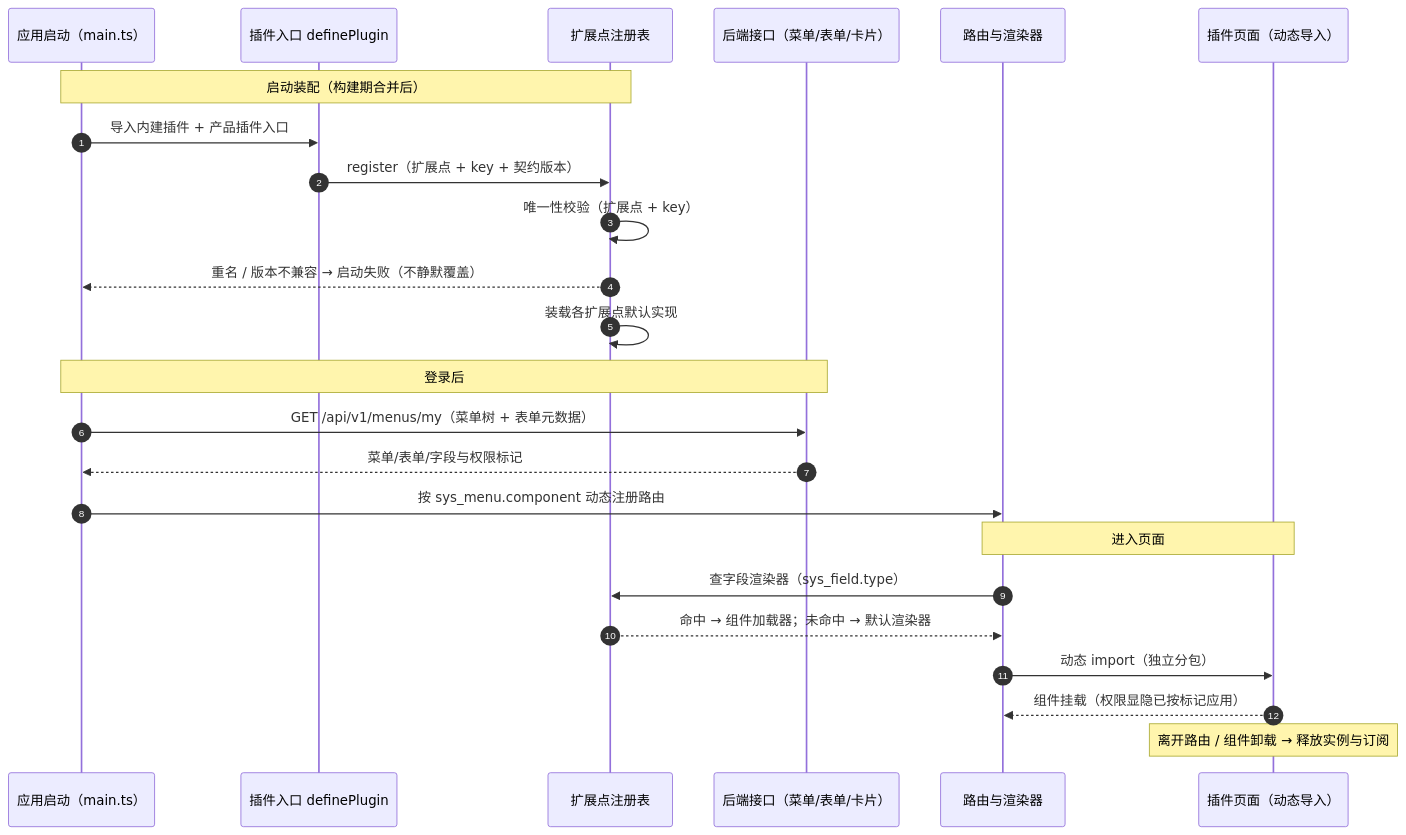
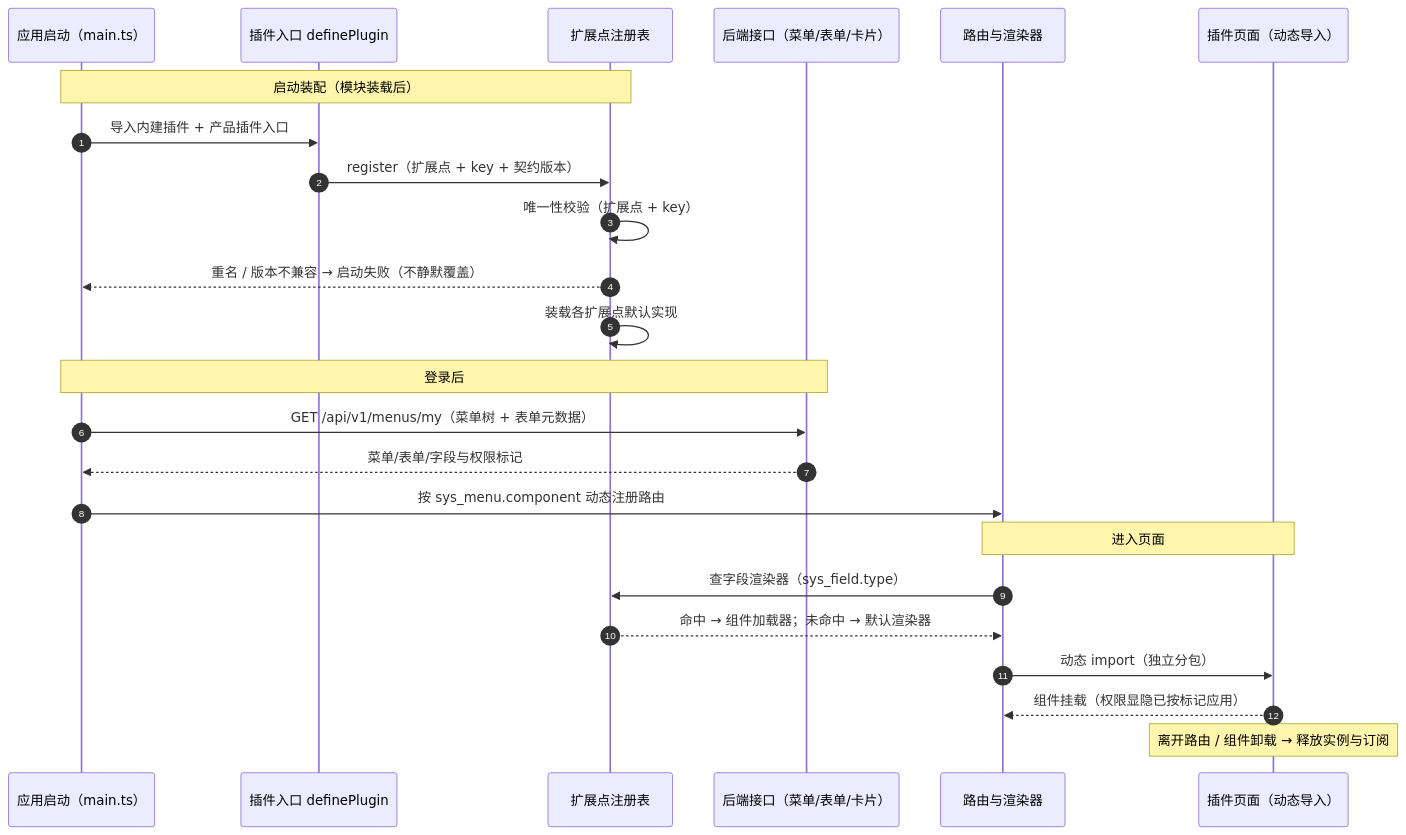
Before and after one commit to minjian123/basic-management-system: the diagram in bms文档/设计/概要设计/38_概要设计_前端插件化.md, drawn with Mermaid. The commit also changed other lines of this file and 8 other files, not shown here.

````diff
--- a/bms文档/设计/概要设计/38_概要设计_前端插件化.md
+++ b/bms文档/设计/概要设计/38_概要设计_前端插件化.md
@@ -60,27 +60,27 @@
 ```mermaid
 sequenceDiagram
     autonumber
     participant Boot as 应用启动（main.ts）
     participant Plug as 插件入口 definePlugin
     participant Reg as 扩展点注册表
     participant Api as 后端接口（菜单/表单/卡片）
     participant Router as 路由与渲染器
     participant View as 插件页面（动态导入）
 
-    Note over Boot,Reg: 启动装配（构建期合并后）
+    Note over Boot,Reg: 启动装配（模块装载后）
     Boot->>Plug: 导入内建插件 + 产品插件入口
     Plug->>Reg: register（扩展点 + key + 契约版本）
     Reg->>Reg: 唯一性校验（扩展点 + key）
     Reg-->>Boot: 重名 / 版本不兼容 → 启动失败（不静默覆盖）
     Reg->>Reg: 装载各扩展点默认实现
     Note over Boot,Api: 登录后
     Boot->>Api: GET /api/v1/menus/my（菜单树 + 表单元数据）
     Api-->>Boot: 菜单/表单/字段与权限标记
     Boot->>Router: 按 sys_menu.component 动态注册路由
     Note over Router,View: 进入页面
     Router->>Reg: 查字段渲染器（sys_field.type）
     Reg-->>Router: 命中 → 组件加载器；未命中 → 默认渲染器
     Router->>View: 动态 import（独立分包）
     View-->>Router: 组件挂载（权限显隐已按标记应用）
     Note over View: 离开路由 / 组件卸载 → 释放实例与订阅
 ```
````
